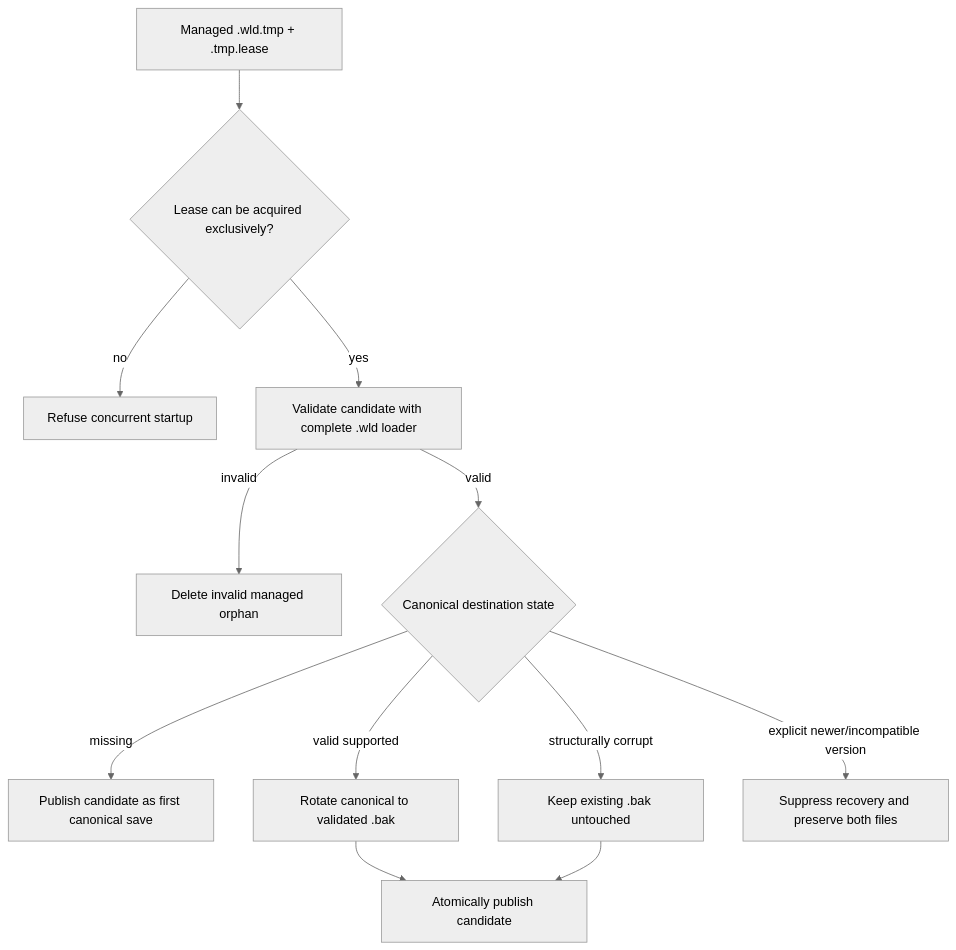
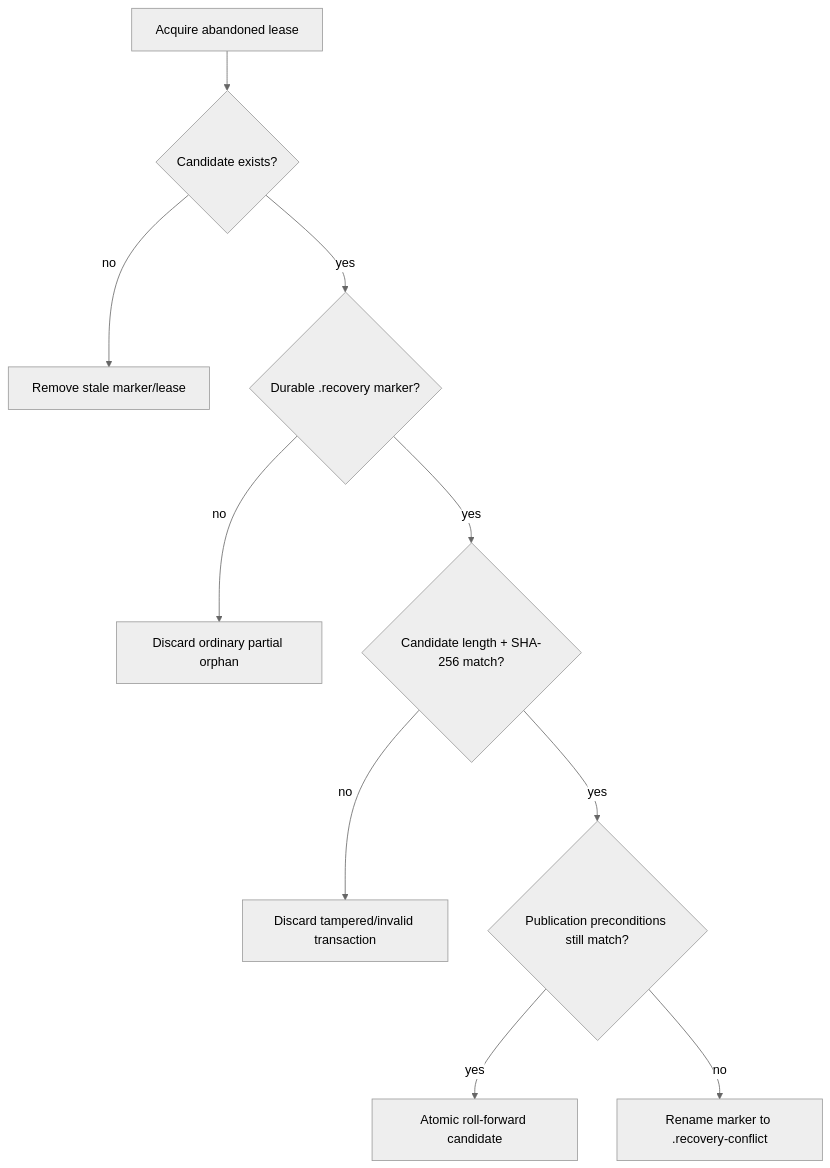
One commit to VegaKernel/TerraRuntime changed the second of 2 diagrams in docs/en/interrupted-save-recovery.md. Above: the diagram before and after it, drawn with Mermaid (neutral theme). The commit also changed other lines of this file and 6 other files, not shown here.

Commit message:
Recover durable interrupted save transactions

````diff
--- a/docs/en/interrupted-save-recovery.md
+++ b/docs/en/interrupted-save-recovery.md
@@ -15,14 +47,12 @@
 ```mermaid
 flowchart TD
-    A["Managed .wld.tmp + .tmp.lease"] --> B{"Lease can be acquired exclusively?"}
-    B -->|no| C["Refuse concurrent startup"]
-    B -->|yes| D["Validate candidate with complete .wld loader"]
-    D -->|invalid| E["Delete invalid managed orphan"]
-    D -->|valid| F{"Canonical destination state"}
-    F -->|missing| G["Publish candidate as first canonical save"]
-    F -->|valid supported| H["Rotate canonical to validated .bak"]
-    H --> I["Atomically publish candidate"]
-    F -->|structurally corrupt| J["Keep existing .bak untouched"]
-    J --> I
-    F -->|explicit newer/incompatible version| K["Suppress recovery and preserve both files"]
+    Lease["Acquire abandoned lease"] --> Temp{"Candidate exists?"}
+    Temp -->|no| RemoveLease["Remove stale marker/lease"]
+    Temp -->|yes| Marker{"Durable .recovery marker?"}
+    Marker -->|no| RemovePartial["Discard ordinary partial orphan"]
+    Marker -->|yes| Hash{"Candidate length + SHA-256 match?"}
+    Hash -->|no| RemoveTampered["Discard tampered/invalid transaction"]
+    Hash -->|yes| Preconditions{"Publication preconditions still match?"}
+    Preconditions -->|yes| RollForward["Atomic roll-forward candidate"]
+    Preconditions -->|no| Quarantine["Rename marker to .recovery-conflict"]
 ```
````
